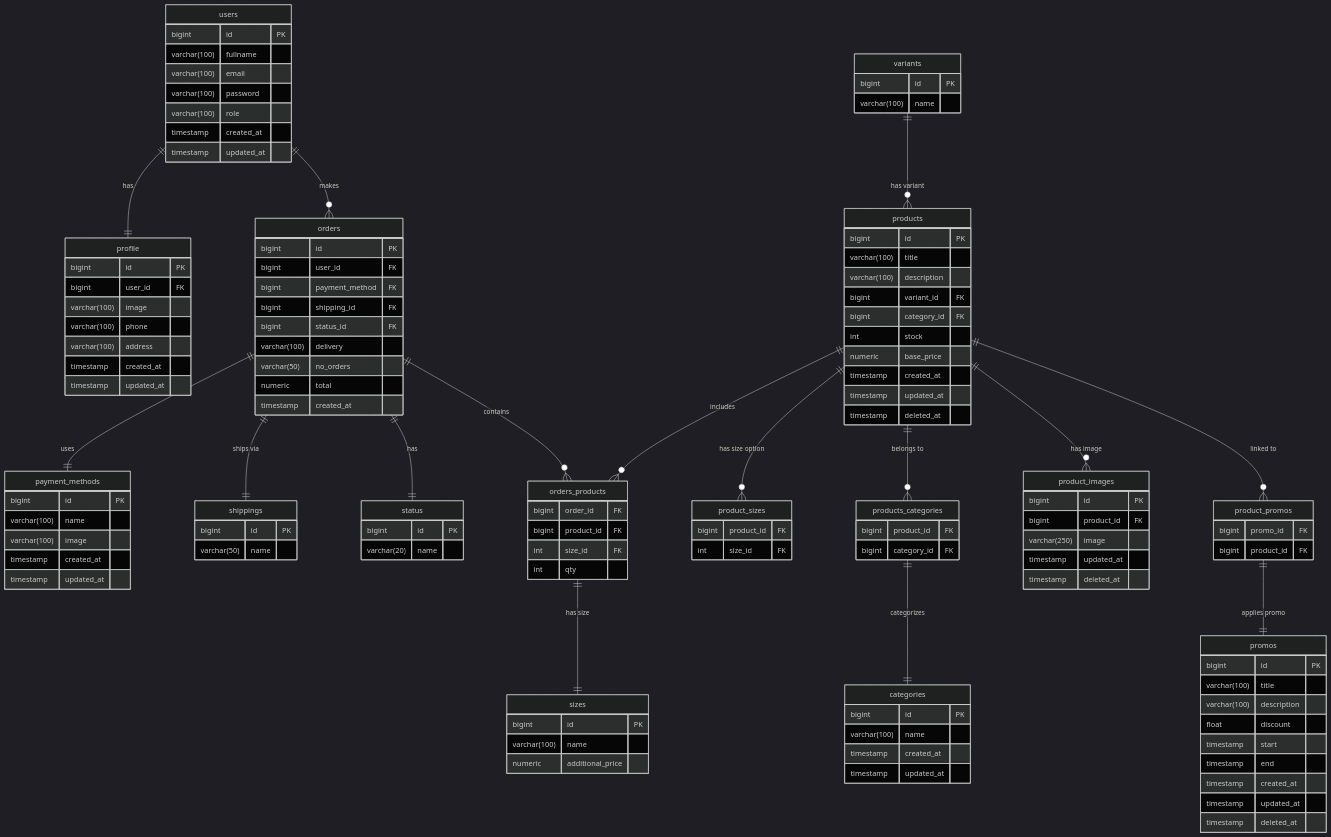
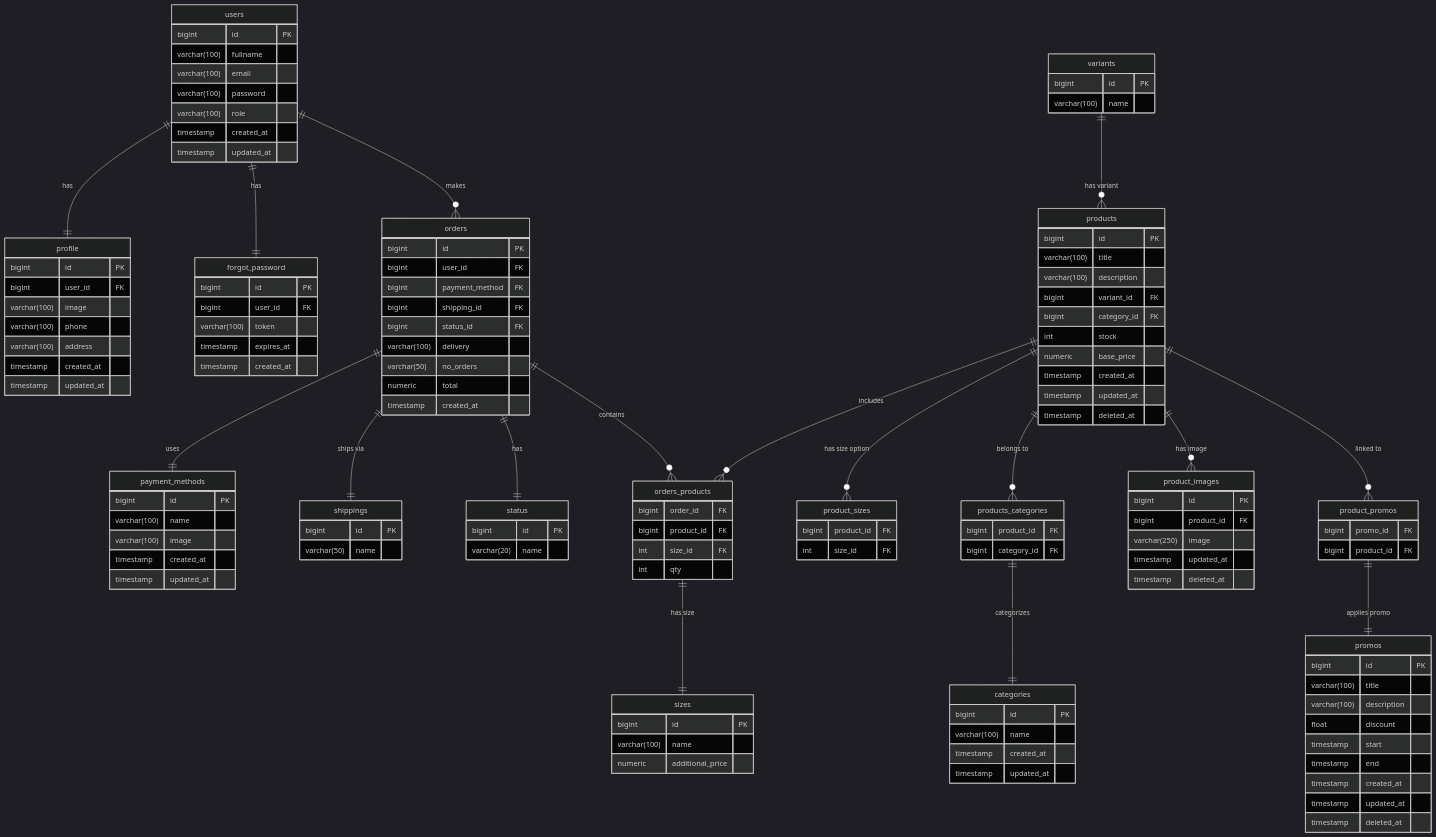
The diagram in README.md (MohamadDimasPrayoga1010/koda-b4-db), drawn with Mermaid (dark theme) before and after one commit.

Commit message:
feat: add readme file

````diff
--- a/README.md
+++ b/README.md
@@ -20,6 +20,14 @@
     varchar(100) address
     timestamp created_at
     timestamp updated_at
+}
+
+forgot_password {
+    bigint id PK
+    bigint user_id FK
+    varchar(100) token
+    timestamp expires_at
+    timestamp created_at
 }
 
 variants {
@@ -125,9 +133,8 @@
     int size_id FK
 }
 
-
-%% ========================= RELATIONSHIPS =========================
 users ||--|| profile : "has"
+users ||--|| forgot_password : "has"
 users ||--o{ orders : "makes"
 
 orders ||--|| payment_methods : "uses"
@@ -150,4 +157,5 @@
 
 
 
+
 ```
````
